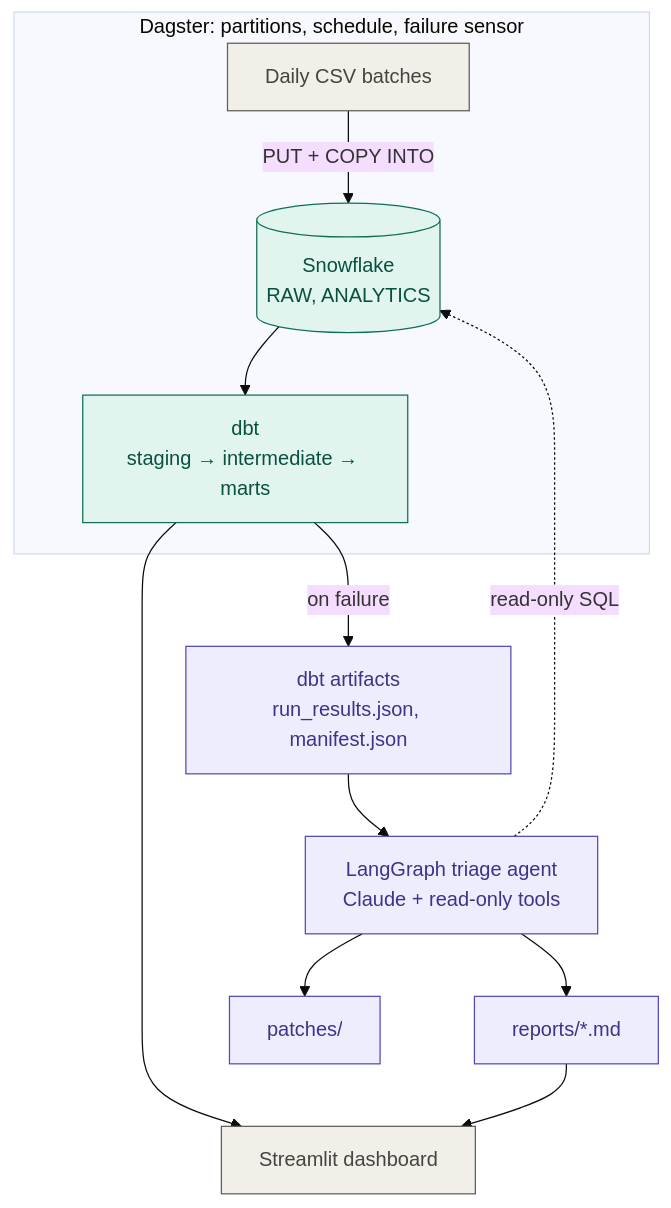
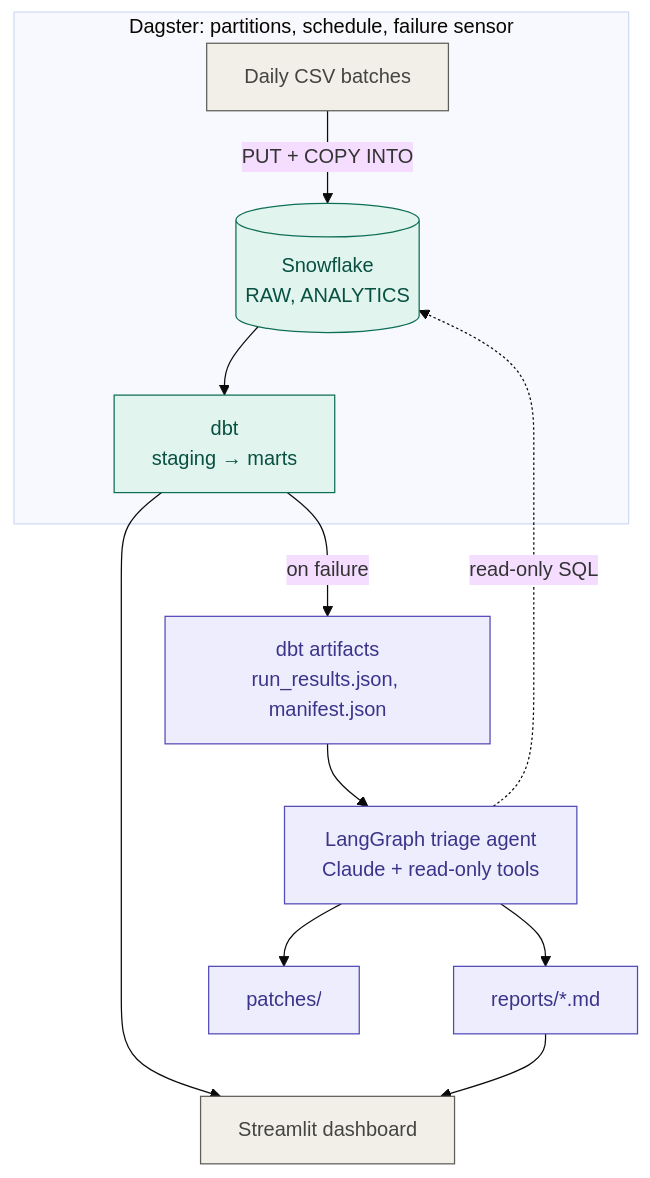
Before and after one commit to Heroes23/Insurance-Claims-Triage-Data-Agent: the diagram in README.md, drawn with Mermaid (base theme). The commit also changed other lines of this file and 15 other files, not shown here.

````diff
--- a/README.md
+++ b/README.md
@@ -13,22 +13,22 @@
 ```mermaid
 flowchart TD
     subgraph DAG["Dagster: partitions, schedule, failure sensor"]
         A["Daily CSV batches"] -->|"PUT + COPY INTO"| B[("Snowflake<br/>RAW, ANALYTICS")]
-        B --> C["dbt<br/>staging → intermediate → marts"]
+        B --> C["dbt<br/>staging → marts"]
     end
 
     C --> D["Streamlit dashboard"]
     C -->|"on failure"| E["dbt artifacts<br/>run_results.json, manifest.json"]
     E --> F["LangGraph triage agent<br/>Claude + read-only tools"]
     F -.->|"read-only SQL"| B
     F --> G["reports/*.md"]
     F --> H["patches/"]
     G --> D
 
     classDef pipeline fill:#E1F5EE,stroke:#0F6E56,color:#085041;
     classDef agent fill:#EEEDFE,stroke:#534AB7,color:#3C3489;
     classDef edge fill:#F1EFE8,stroke:#5F5E5A,color:#444441;
     class B,C pipeline;
     class E,F,G,H agent;
     class A,D edge;
 ```
````
